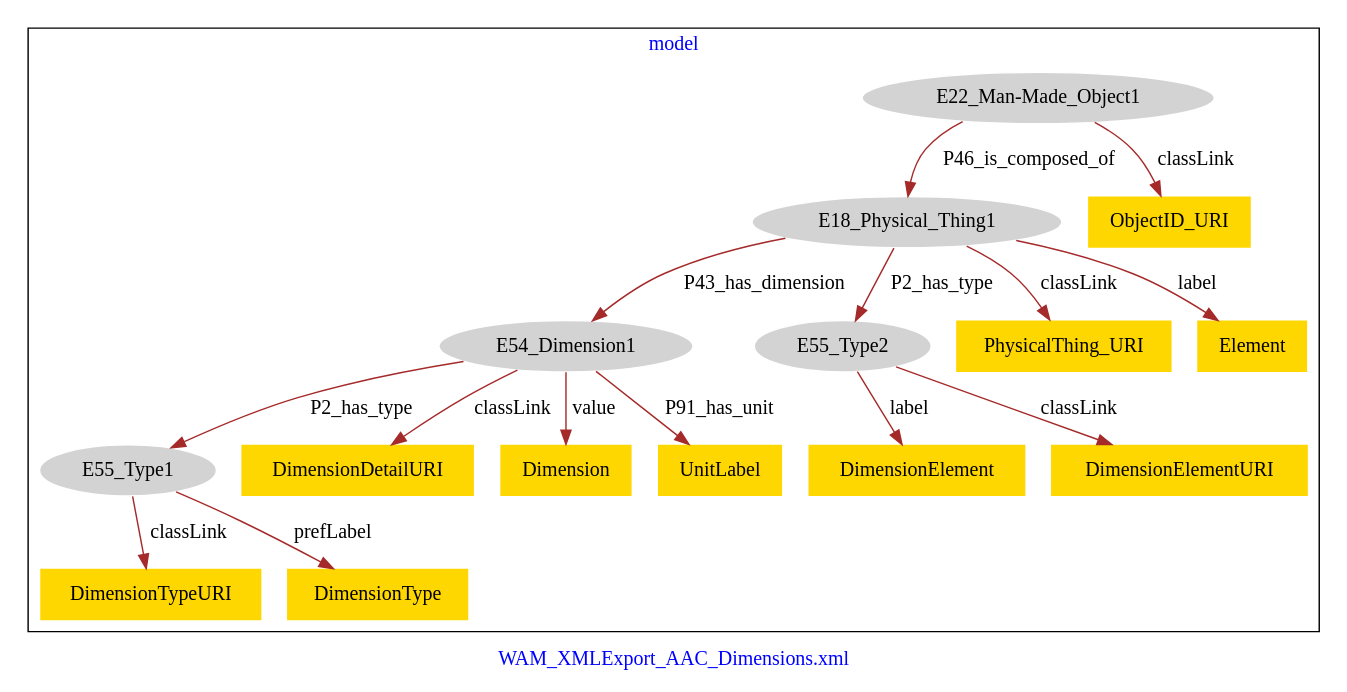
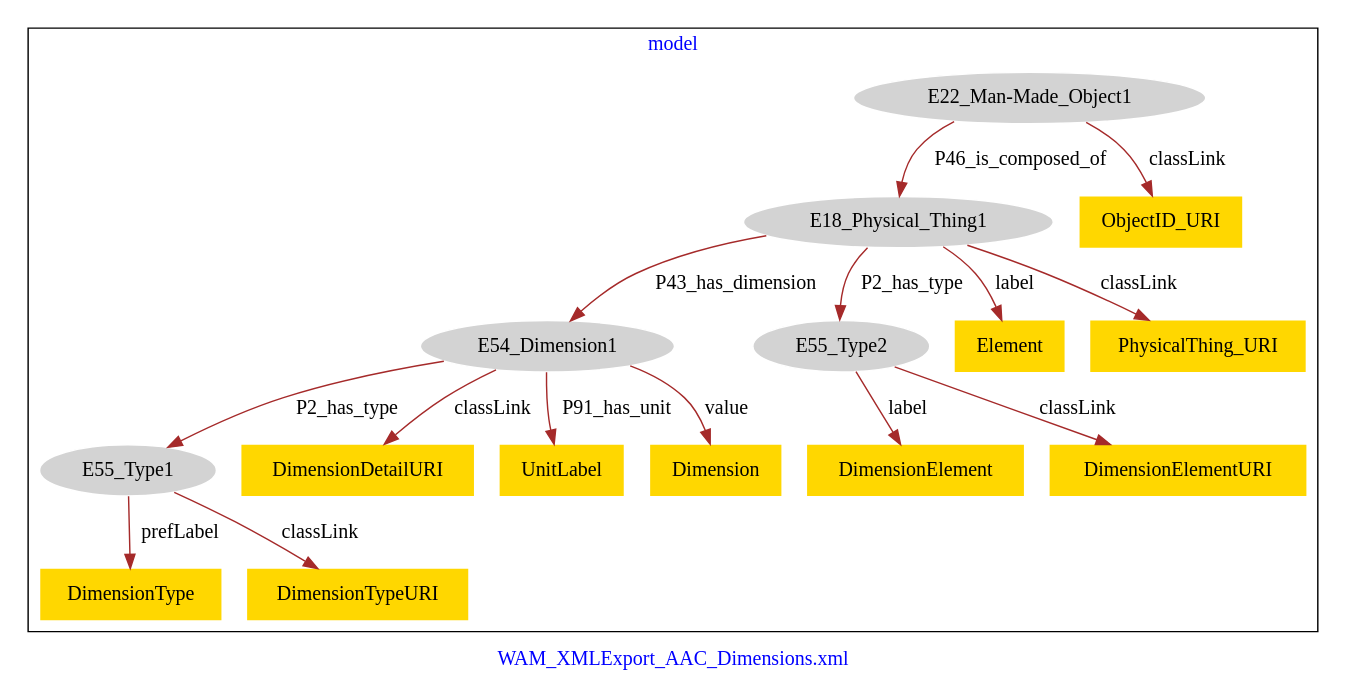
Before and after one commit to american-art/wam: the diagram in WAM_AAC_Dimensions/WAM_AAC_Dimensions-model.dot, drawn with Graphviz.

Commit message:
Update file WAM_AAC_Dimensions-model.dot

```diff
--- a/WAM_AAC_Dimensions/WAM_AAC_Dimensions-model.dot
+++ b/WAM_AAC_Dimensions/WAM_AAC_Dimensions-model.dot
@@ -1,37 +1,37 @@
 digraph n0 {
 fontcolor="blue"
 remincross="true"
 label="WAM_XMLExport_AAC_Dimensions.xml"
 subgraph cluster {
 label="model"
 n2[style="filled",color="white",fillcolor="lightgray",label="E18_Physical_Thing1"];
 n3[style="filled",color="white",fillcolor="lightgray",label="E54_Dimension1"];
 n4[style="filled",color="white",fillcolor="lightgray",label="E55_Type2"];
 n5[style="filled",color="white",fillcolor="lightgray",label="E22_Man-Made_Object1"];
 n6[style="filled",color="white",fillcolor="lightgray",label="E55_Type1"];
-n7[shape="plaintext",style="filled",fillcolor="gold",label="DimensionElement"];
-n8[shape="plaintext",style="filled",fillcolor="gold",label="DimensionTypeURI"];
-n9[shape="plaintext",style="filled",fillcolor="gold",label="DimensionElementURI"];
+n7[shape="plaintext",style="filled",fillcolor="gold",label="Element"];
+n8[shape="plaintext",style="filled",fillcolor="gold",label="PhysicalThing_URI"];
+n9[shape="plaintext",style="filled",fillcolor="gold",label="ObjectID_URI"];
 n10[shape="plaintext",style="filled",fillcolor="gold",label="DimensionDetailURI"];
-n11[shape="plaintext",style="filled",fillcolor="gold",label="Dimension"];
-n12[shape="plaintext",style="filled",fillcolor="gold",label="UnitLabel"];
-n13[shape="plaintext",style="filled",fillcolor="gold",label="ObjectID_URI"];
-n14[shape="plaintext",style="filled",fillcolor="gold",label="DimensionType"];
-n15[shape="plaintext",style="filled",fillcolor="gold",label="PhysicalThing_URI"];
-n16[shape="plaintext",style="filled",fillcolor="gold",label="Element"];
+n11[shape="plaintext",style="filled",fillcolor="gold",label="DimensionElement"];
+n12[shape="plaintext",style="filled",fillcolor="gold",label="DimensionType"];
+n13[shape="plaintext",style="filled",fillcolor="gold",label="DimensionElementURI"];
+n14[shape="plaintext",style="filled",fillcolor="gold",label="UnitLabel"];
+n15[shape="plaintext",style="filled",fillcolor="gold",label="DimensionTypeURI"];
+n16[shape="plaintext",style="filled",fillcolor="gold",label="Dimension"];
 }
 n2 -> n3[color="brown",fontcolor="black",label="P43_has_dimension"]
 n2 -> n4[color="brown",fontcolor="black",label="P2_has_type"]
 n5 -> n2[color="brown",fontcolor="black",label="P46_is_composed_of"]
 n3 -> n6[color="brown",fontcolor="black",label="P2_has_type"]
-n4 -> n7[color="brown",fontcolor="black",label="label"]
-n6 -> n8[color="brown",fontcolor="black",label="classLink"]
-n4 -> n9[color="brown",fontcolor="black",label="classLink"]
+n2 -> n7[color="brown",fontcolor="black",label="label"]
+n2 -> n8[color="brown",fontcolor="black",label="classLink"]
+n5 -> n9[color="brown",fontcolor="black",label="classLink"]
 n3 -> n10[color="brown",fontcolor="black",label="classLink"]
-n3 -> n11[color="brown",fontcolor="black",label="value"]
-n3 -> n12[color="brown",fontcolor="black",label="P91_has_unit"]
-n5 -> n13[color="brown",fontcolor="black",label="classLink"]
-n6 -> n14[color="brown",fontcolor="black",label="prefLabel"]
-n2 -> n15[color="brown",fontcolor="black",label="classLink"]
-n2 -> n16[color="brown",fontcolor="black",label="label"]
+n4 -> n11[color="brown",fontcolor="black",label="label"]
+n6 -> n12[color="brown",fontcolor="black",label="prefLabel"]
+n4 -> n13[color="brown",fontcolor="black",label="classLink"]
+n3 -> n14[color="brown",fontcolor="black",label="P91_has_unit"]
+n6 -> n15[color="brown",fontcolor="black",label="classLink"]
+n3 -> n16[color="brown",fontcolor="black",label="value"]
 }
```
